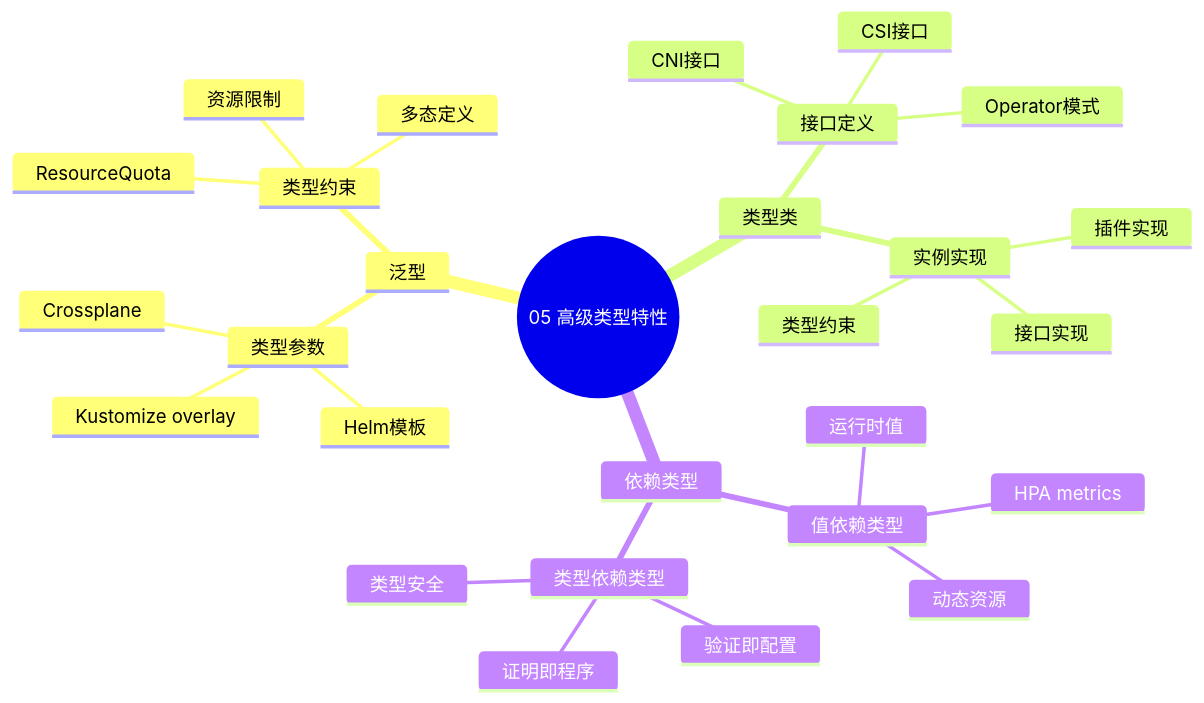
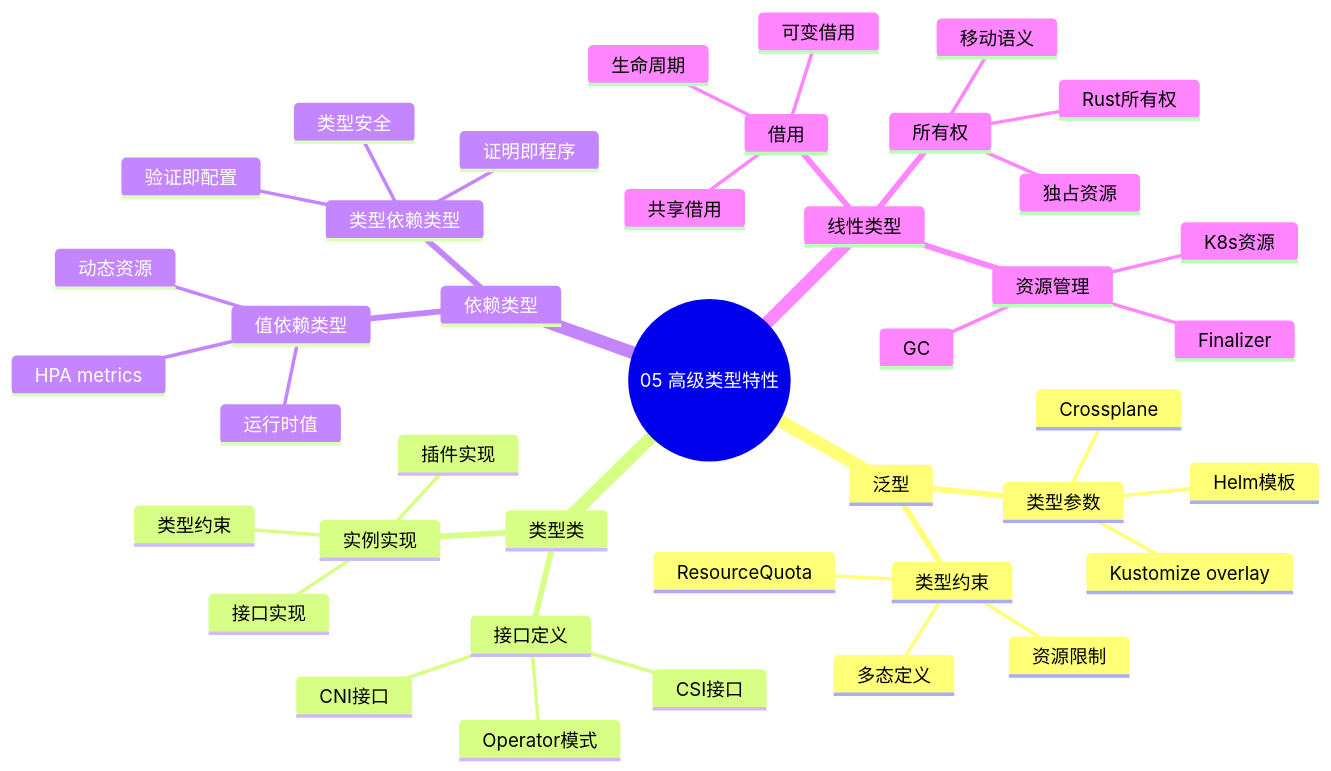
The diagram in Composed/formal_lang_view/05_高级类型特性/README.md (AdaMartin18010/FormalScience), drawn with Mermaid before and after one commit. The commit also changed other lines of this file and 1222 other files, not shown here.

````diff
--- a/Composed/formal_lang_view/05_高级类型特性/README.md
+++ b/Composed/formal_lang_view/05_高级类型特性/README.md
@@ -29,31 +30,44 @@
 ```mermaid
 mindmap
   root((05 高级类型特性))
     泛型
       类型参数
         Helm模板
         Kustomize overlay
         Crossplane
       类型约束
         ResourceQuota
         资源限制
         多态定义
     类型类
       接口定义
         CNI接口
         CSI接口
         Operator模式
       实例实现
         插件实现
         接口实现
         类型约束
     依赖类型
       值依赖类型
         HPA metrics
         动态资源
         运行时值
       类型依赖类型
         证明即程序
         验证即配置
         类型安全
+    线性类型
+      所有权
+        独占资源
+        移动语义
+        Rust所有权
+      借用
+        共享借用
+        可变借用
+        生命周期
+      资源管理
+        K8s资源
+        Finalizer
+        GC
 ```
````
